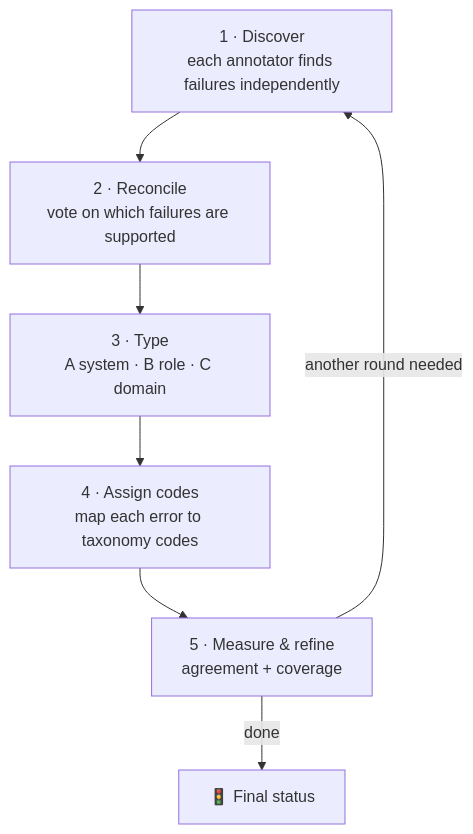
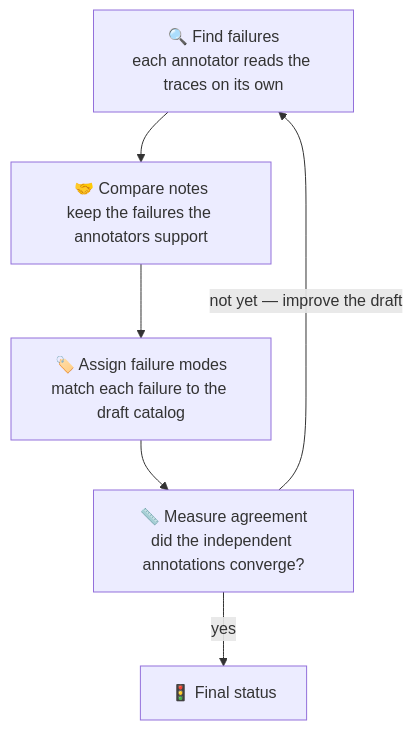
One commit to multi-agent-systems-failure-taxonomy/AdaMAST changed the diagram in docs/AGREEMENT_GATE.md. Above: the diagram before and after it, drawn with Mermaid. The commit also changed other lines of this file and 27 other files, not shown here.

````diff
--- a/docs/AGREEMENT_GATE.md
+++ b/docs/AGREEMENT_GATE.md
@@ -29,9 +29,8 @@
 ```mermaid
 flowchart TD
-    A["1 · Discover<br/>each annotator finds failures independently"] --> B["2 · Reconcile<br/>vote on which failures are supported"]
-    B --> C["3 · Type<br/>A system · B role · C domain"]
-    C --> D["4 · Assign codes<br/>map each error to taxonomy codes"]
-    D --> E["5 · Measure &amp; refine<br/>agreement + coverage"]
-    E -->|"another round needed"| A
-    E -->|"done"| F["🚦 Final status"]
+    A["🔍 Find failures<br/>each annotator reads the traces on its own"] --> B["🤝 Compare notes<br/>keep the failures the annotators support"]
+    B --> C["🏷️ Assign failure modes<br/>match each failure to the draft catalog"]
+    C --> D["📏 Measure agreement<br/>did the independent annotations converge?"]
+    D -->|"not yet — improve the draft"| A
+    D -->|"yes"| E["🚦 Final status"]
 ```
````
